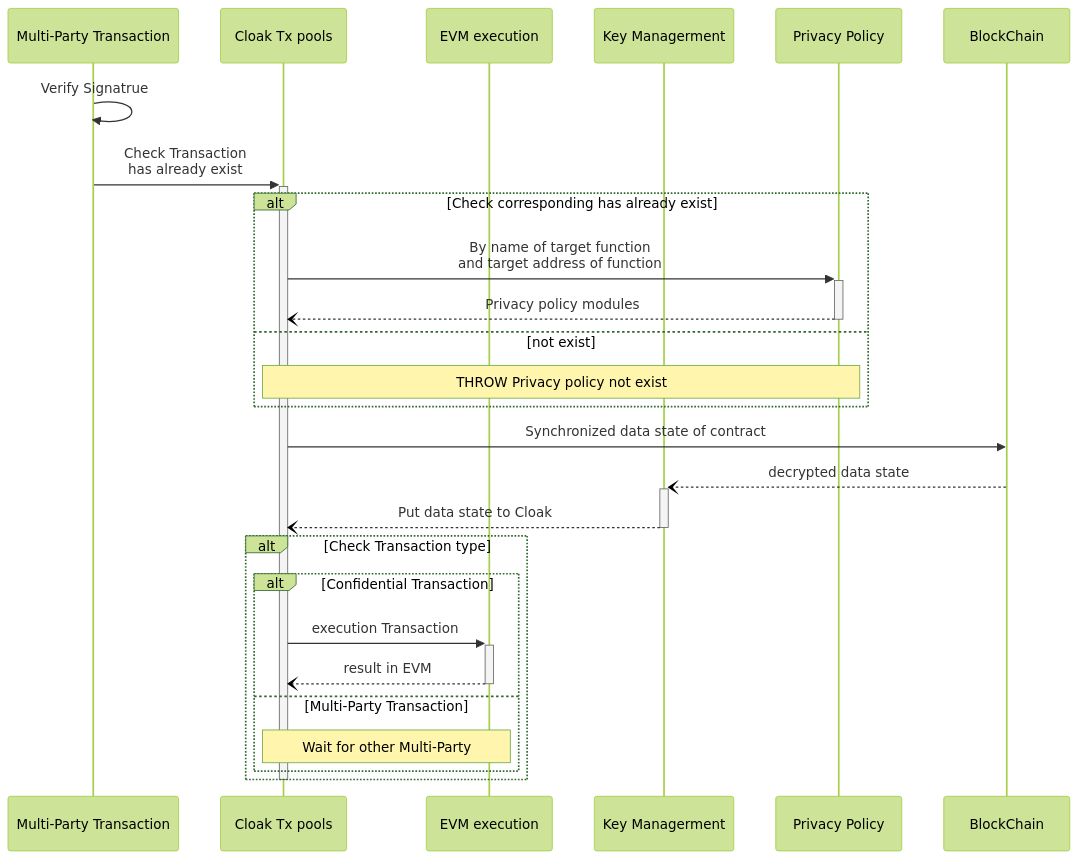
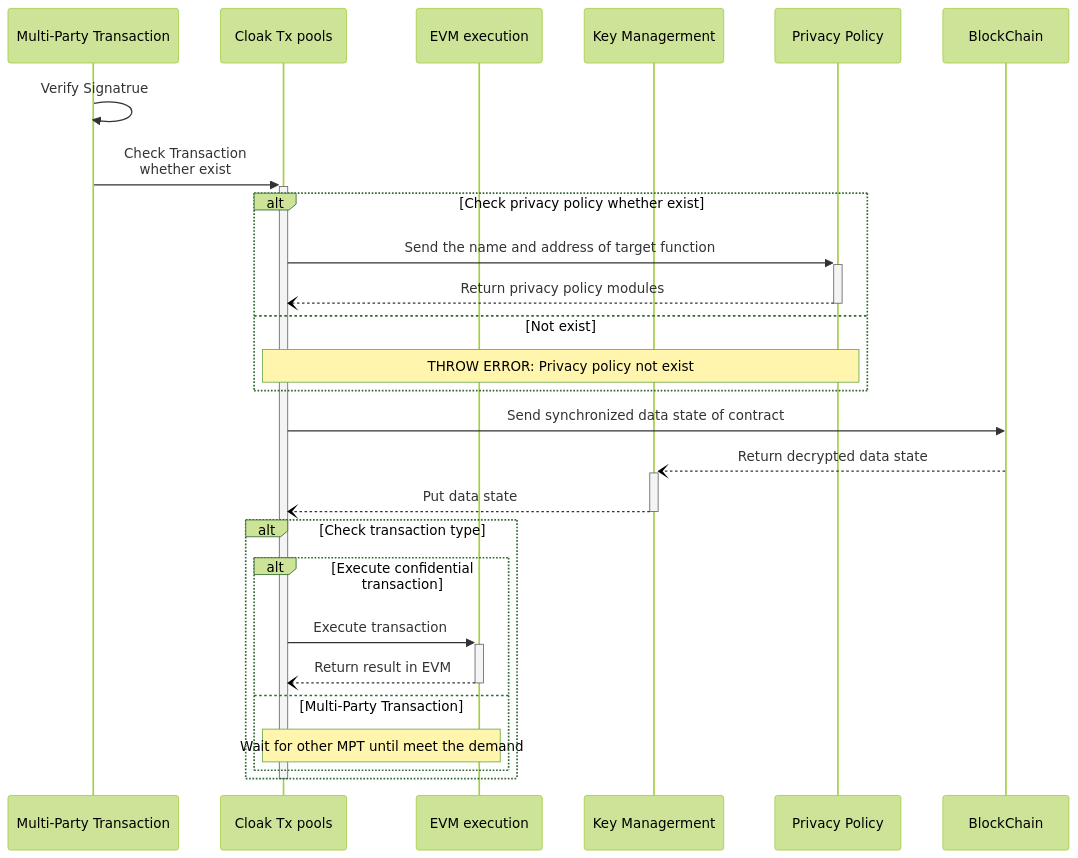
One commit to OxHainan/cloak-docs changed the diagram in docs/source/tee-blockchain-architecture/transaction-identity.mmd. Above: the diagram before and after it, drawn with Mermaid (forest theme).

```diff
--- a/docs/source/tee-blockchain-architecture/transaction-identity.mmd
+++ b/docs/source/tee-blockchain-architecture/transaction-identity.mmd
@@ -1,28 +1,28 @@
 
 sequenceDiagram
     participant M as Multi-Party Transaction
     participant C as Cloak Tx pools
     participant E as EVM execution
     participant K as Key Managerment
     participant P as Privacy Policy
     participant B as BlockChain
     M ->> M: Verify Signatrue
-    M ->>+ C: Check Transaction <br> has already exist
-    alt Check corresponding has already exist
-        C ->>+ P: By name of target function <br> and target address of function
-        P --)- C: Privacy policy modules
-    else not exist
-        Note over C,P: THROW Privacy policy not exist
+    M ->>+ C: Check Transaction <br> whether exist
+    alt Check privacy policy whether exist
+        C ->>+ P: Send the name and address of target function
+        P --)- C: Return privacy policy modules
+    else Not exist
+        Note over C,P: THROW ERROR: Privacy policy not exist
     end
-    C ->> B: Synchronized data state of contract
-    B --)+ K: decrypted data state
-    K --)- C: Put data state to Cloak
-    alt Check Transaction type
-        alt Confidential Transaction   
-            C ->>+ E: execution Transaction
-            E --)- C: result in EVM
+    C ->> B: Send synchronized data state of contract
+    B --)+ K: Return decrypted data state
+    K --)- C: Put data state
+    alt Check transaction type
+        alt Execute confidential transaction   
+            C ->>+ E: Execute transaction
+            E --)- C: Return result in EVM
         else Multi-Party Transaction
-            Note over C,E: Wait for other Multi-Party
+            Note over C,E: Wait for other MPT until meet the demand
         end
     end
     deactivate C
```
